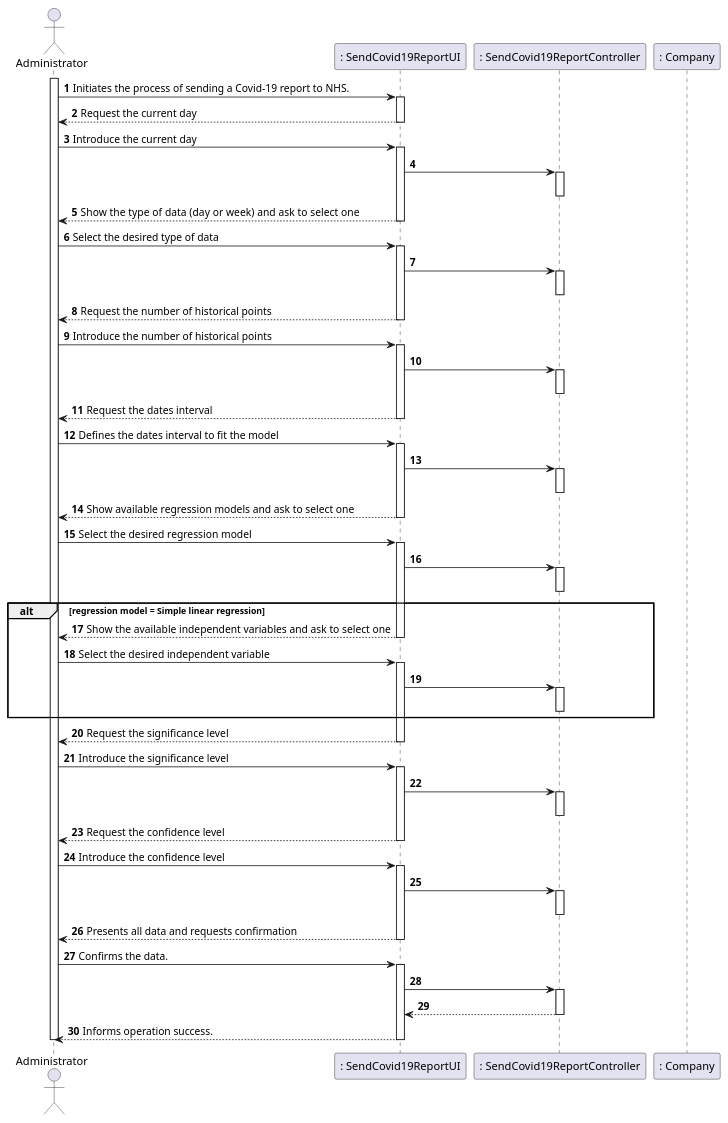
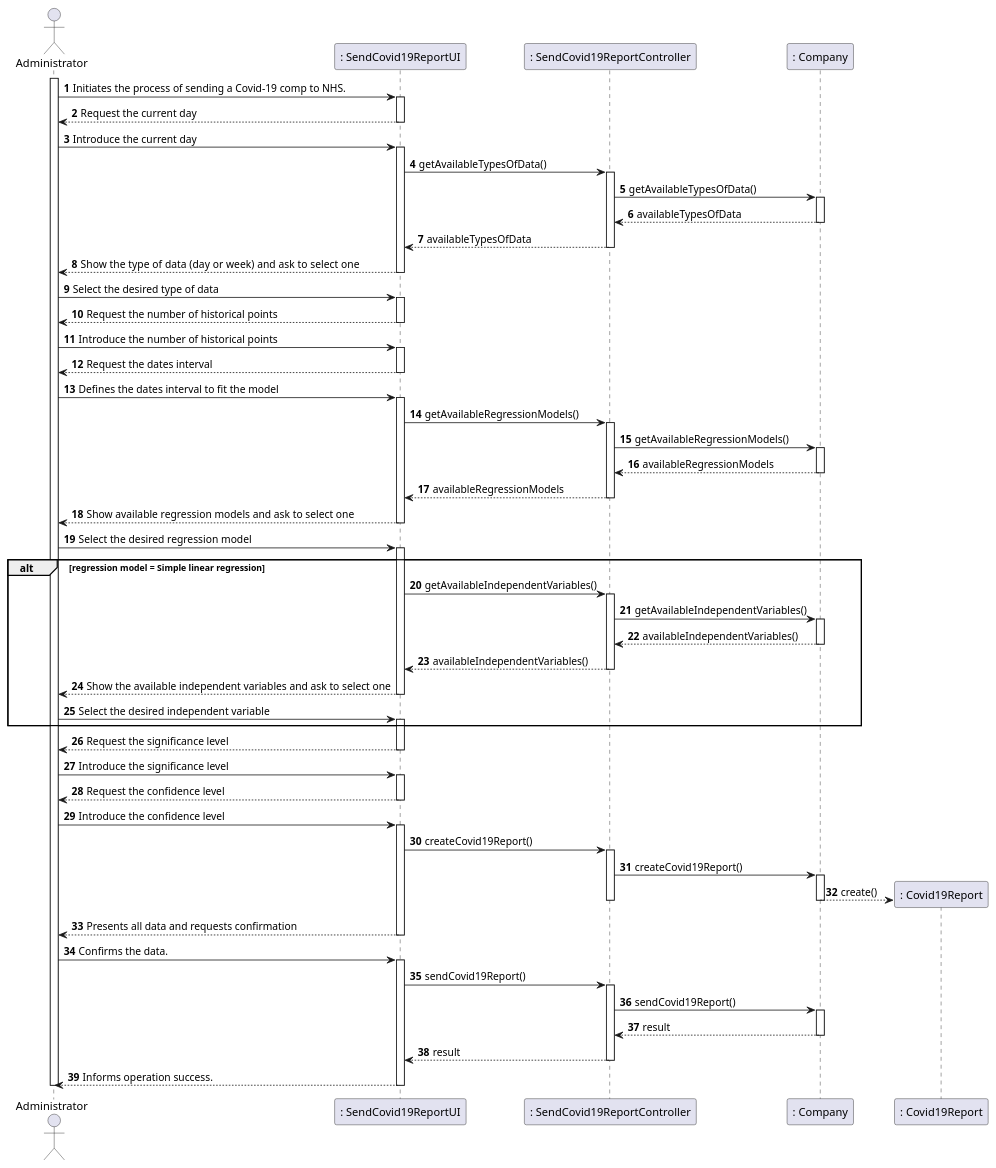
Before and after one commit to manu-07-ela/LAPR2_ISEP: the diagram in docs/SprintD/US18/US18_SD.puml, drawn with PlantUML. The commit also changed 3 other files, not shown here.

```diff
--- a/docs/SprintD/US18/US18_SD.puml
+++ b/docs/SprintD/US18/US18_SD.puml
@@ -1,93 +1,107 @@
 @startuml
 autonumber
 'hide footbox
 actor "Administrator" as ADMIN
 
 participant ": SendCovid19ReportUI" as UI
 participant ": SendCovid19ReportController" as CTRL
-participant ": Company" as COMP
+participant ": Company" as comp
+participant ": Covid19Report" as report
 
 activate ADMIN
-ADMIN -> UI : Initiates the process of sending a Covid-19 report to NHS.
+ADMIN -> UI : Initiates the process of sending a Covid-19 comp to NHS.
 activate UI
 UI --> ADMIN : Request the current day
 deactivate UI
 
 ADMIN -> UI : Introduce the current day
 activate UI
-UI -> CTRL :
+UI -> CTRL : getAvailableTypesOfData()
 activate CTRL
+CTRL -> comp : getAvailableTypesOfData()
+activate comp
+comp --> CTRL : availableTypesOfData
+deactivate comp
+CTRL --> UI : availableTypesOfData
 deactivate CTRL
 UI --> ADMIN : Show the type of data (day or week)  and ask to select one
 deactivate UI
 
 ADMIN -> UI : Select the desired type of data
 activate UI
-UI -> CTRL :
-activate CTRL
-deactivate CTRL
 UI --> ADMIN : Request the number of historical points
 deactivate UI
 
 ADMIN -> UI : Introduce the number of historical points
 activate UI
-UI -> CTRL :
-activate CTRL
-deactivate CTRL
+
 UI --> ADMIN : Request the dates interval
 deactivate UI
 
 ADMIN -> UI : Defines the dates interval to fit the model
 activate UI
-UI -> CTRL :
+UI -> CTRL : getAvailableRegressionModels()
 activate CTRL
+CTRL -> comp : getAvailableRegressionModels()
+activate comp
+comp --> CTRL : availableRegressionModels
+deactivate comp
+CTRL --> UI : availableRegressionModels
 deactivate CTRL
 UI --> ADMIN : Show available regression models and ask to select one
 deactivate UI
 
 ADMIN-> UI : Select the desired regression model
 activate UI
-UI -> CTRL :
+alt regression model = Simple linear regression
+UI -> CTRL : getAvailableIndependentVariables()
 activate CTRL
+CTRL -> comp : getAvailableIndependentVariables()
+activate comp
+comp --> CTRL : availableIndependentVariables()
+deactivate comp
+CTRL --> UI : availableIndependentVariables()
 deactivate CTRL
-alt regression model = Simple linear regression
 UI --> ADMIN : Show the available independent variables and ask to select one
 deactivate UI
 ADMIN-> UI : Select the desired independent variable
 activate UI
-UI -> CTRL :
-activate CTRL
-deactivate CTRL
 end
 
 UI --> ADMIN : Request the significance level
 deactivate UI
 
 ADMIN -> UI : Introduce the significance level
 activate UI
-UI -> CTRL :
-activate CTRL
-deactivate CTRL
+
 UI --> ADMIN : Request the confidence level
 deactivate UI
 
 ADMIN -> UI : Introduce the confidence level
 activate UI
-UI -> CTRL :
+UI -> CTRL : createCovid19Report()
 activate CTRL
+CTRL -> comp : createCovid19Report()
+activate comp
+comp --> report** :create()
+deactivate comp
 deactivate CTRL
 UI --> ADMIN :  Presents all data and requests confirmation
 deactivate UI
 
 ADMIN -> UI : Confirms the data.
 activate UI
-UI -> CTRL :
+UI -> CTRL : sendCovid19Report()
 activate CTRL
-CTRL --> UI :
+CTRL -> comp : sendCovid19Report()
+activate comp
+comp --> CTRL : result
+deactivate comp
+CTRL --> UI : result
 deactivate CTRL
 UI --> ADMIN : Informs operation success.
 deactivate UI
 
 deactivate ADMIN
 
 @enduml
```
